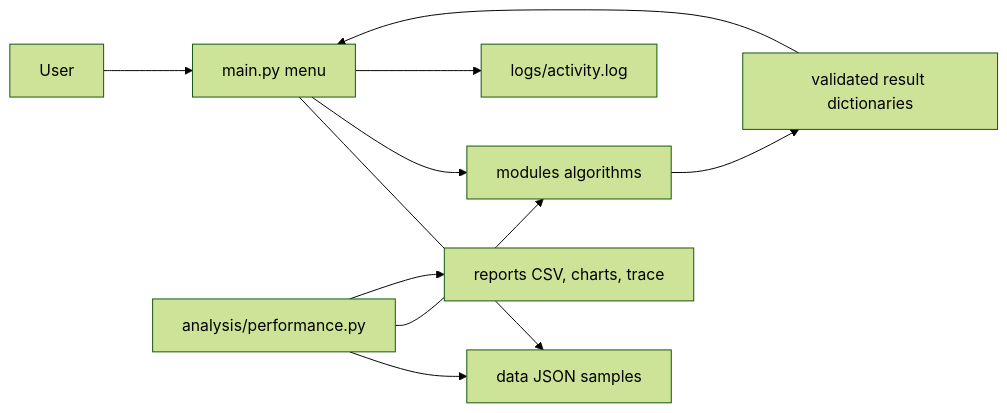
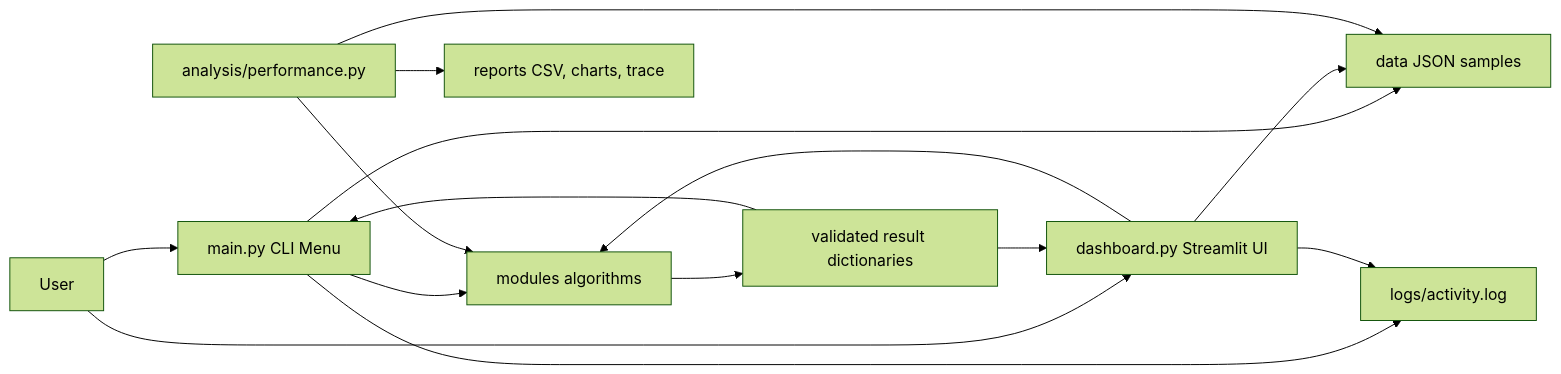
Before and after one commit to VANSHIKADIXIT16/OS-Resource-Management-Simulator: the diagram in README.md, drawn with Mermaid (forest theme). The commit also changed other lines of this file, not shown here.

Commit message:
docs: update README with dashboard assets and remove manual screenshot section

````diff
--- a/README.md
+++ b/README.md
@@ -224,12 +225,17 @@
 ```mermaid
 flowchart LR
-    User --> Menu[main.py menu]
+    User --> Menu[main.py CLI Menu]
+    User --> Dashboard[dashboard.py Streamlit UI]
     Menu --> Data[data JSON samples]
+    Dashboard --> Data
     Menu --> Algorithms[modules algorithms]
+    Dashboard --> Algorithms
     Algorithms --> Results[validated result dictionaries]
     Results --> Menu
+    Results --> Dashboard
     Menu --> Log[logs/activity.log]
+    Dashboard --> Log
     Analysis[analysis/performance.py] --> Data
     Analysis --> Algorithms
     Analysis --> Reports[reports CSV, charts, trace]
 ```
````
